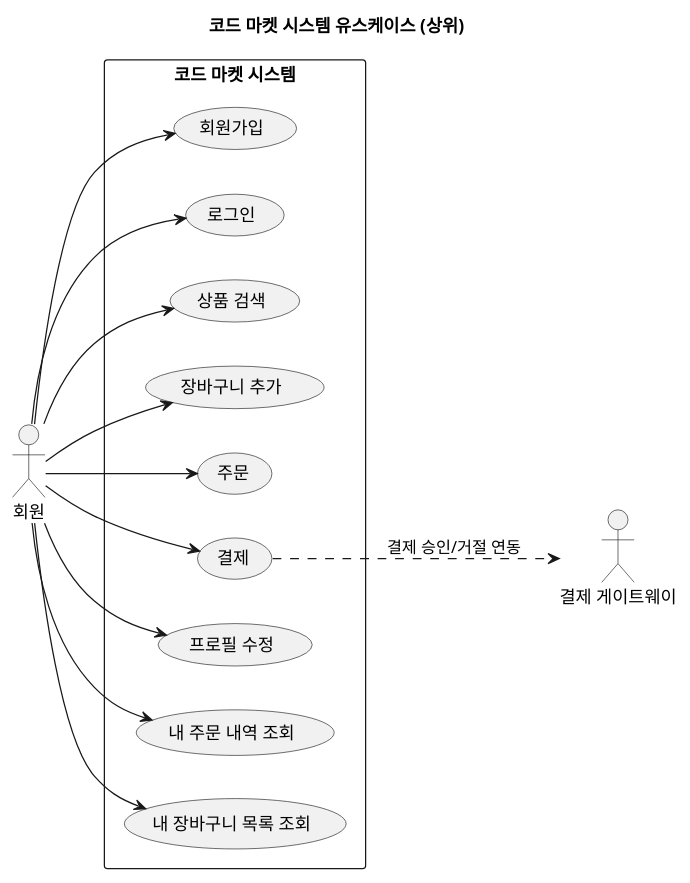
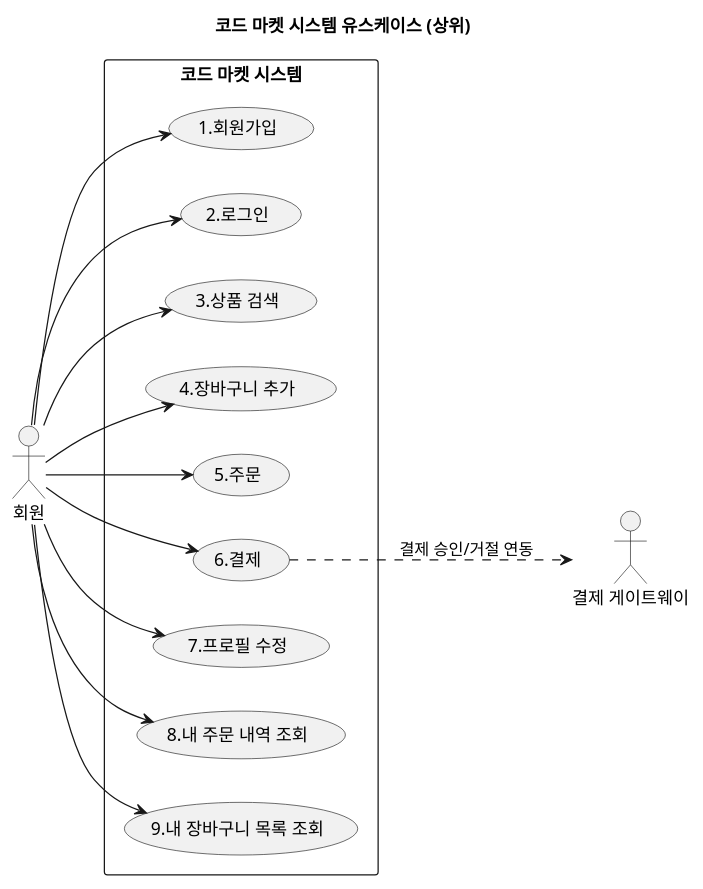
One commit to f-lab-edu/code-market changed the diagram in docs/usecase/usecase.puml. Above: the diagram before and after it, drawn with PlantUML. The commit also changed 5 other files, not shown here.

Commit message:
docs(usecase): usecase 넘버링 수정 - 기존 세부 카테고리 사항까지 모두 넘버링 추가 유저 시나리오와 다이어그램 1:1 넘버 배핑

```diff
--- a/docs/usecase/usecase.puml
+++ b/docs/usecase/usecase.puml
@@ -1,36 +1,36 @@
 @startuml
 title 코드 마켓 시스템 유스케이스 (상위)
 
 left to right direction
 
 actor "회원" as Member
 actor "결제 게이트웨이" as PG
 
 rectangle "코드 마켓 시스템" {
 
-  usecase "회원가입" as UC_Signup
-  usecase "로그인" as UC_Login
-  usecase "상품 검색" as UC_SearchProduct
-  usecase "장바구니 추가" as UC_AddToCart
-  usecase "주문" as UC_Order
-  usecase "결제" as UC_Pay
-  usecase "프로필 수정" as UC_EditProfile
-  usecase "내 주문 내역 조회" as UC_ViewOrders
-  usecase "내 장바구니 목록 조회" as UC_ViewCart
+  usecase "1.회원가입" as UC_Signup
+  usecase "2.로그인" as UC_Login
+  usecase "3.상품 검색" as UC_SearchProduct
+  usecase "4.장바구니 추가" as UC_AddToCart
+  usecase "5.주문" as UC_Order
+  usecase "6.결제" as UC_Pay
+  usecase "7.프로필 수정" as UC_EditProfile
+  usecase "8.내 주문 내역 조회" as UC_ViewOrders
+  usecase "9.내 장바구니 목록 조회" as UC_ViewCart
 
 }
 
 Member --> UC_Signup
 Member --> UC_Login
 Member --> UC_SearchProduct
 Member --> UC_AddToCart
 Member --> UC_Order
 Member --> UC_Pay
 Member --> UC_EditProfile
 Member --> UC_ViewOrders
 Member --> UC_ViewCart
 
 ' 결제 하위 플로우는 별도 다이어그램에서 상세화 (여기선 단순 연관만 표현)
 UC_Pay ..> PG : 결제 승인/거절 연동
 
 @enduml
```
